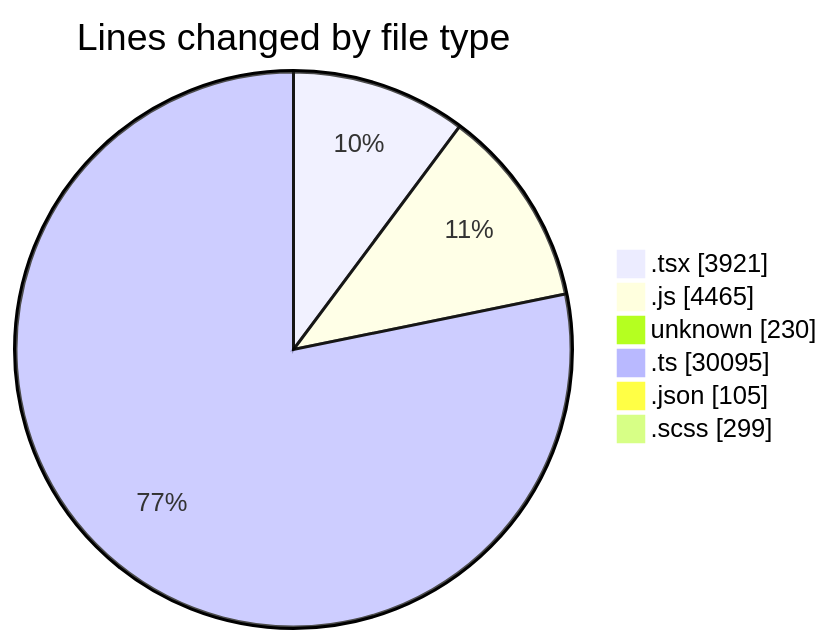
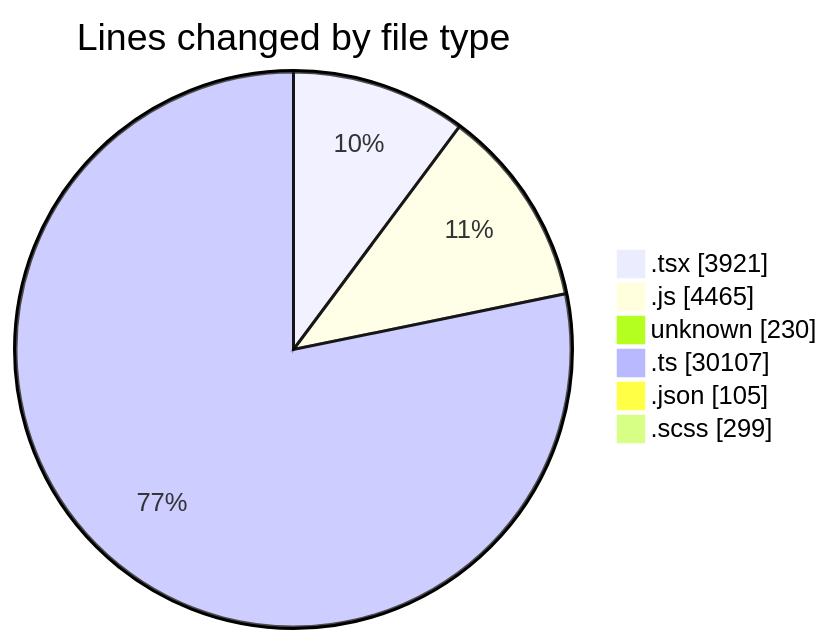
Before and after one commit to momahboobian/code-tracking: the first of 2 diagrams in 2026-05-06/cda/README.md, drawn with Mermaid. The commit also changed other lines of this file and 1 other file, not shown here.

````diff
--- a/2026-05-06/cda/README.md
+++ b/2026-05-06/cda/README.md
@@ -91,10 +91,10 @@
 ```mermaid
 pie showData
 title Lines changed by file type
 ".tsx" : 3921
 ".js" : 4465
 "unknown" : 230
-".ts" : 30095
+".ts" : 30107
 ".json" : 105
 ".scss" : 299
 ```
````
